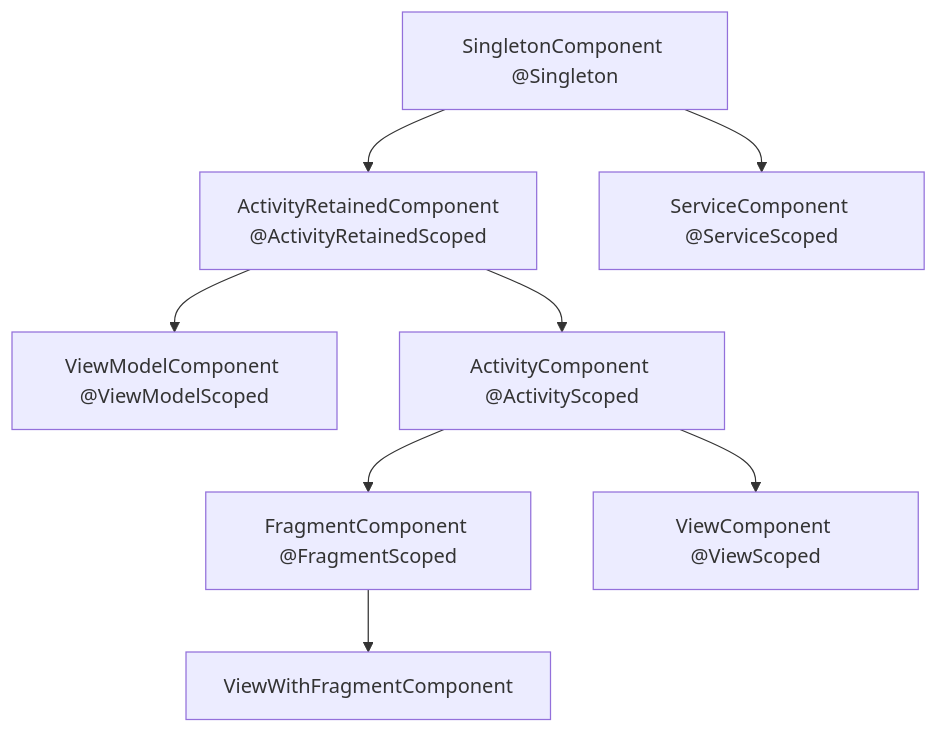
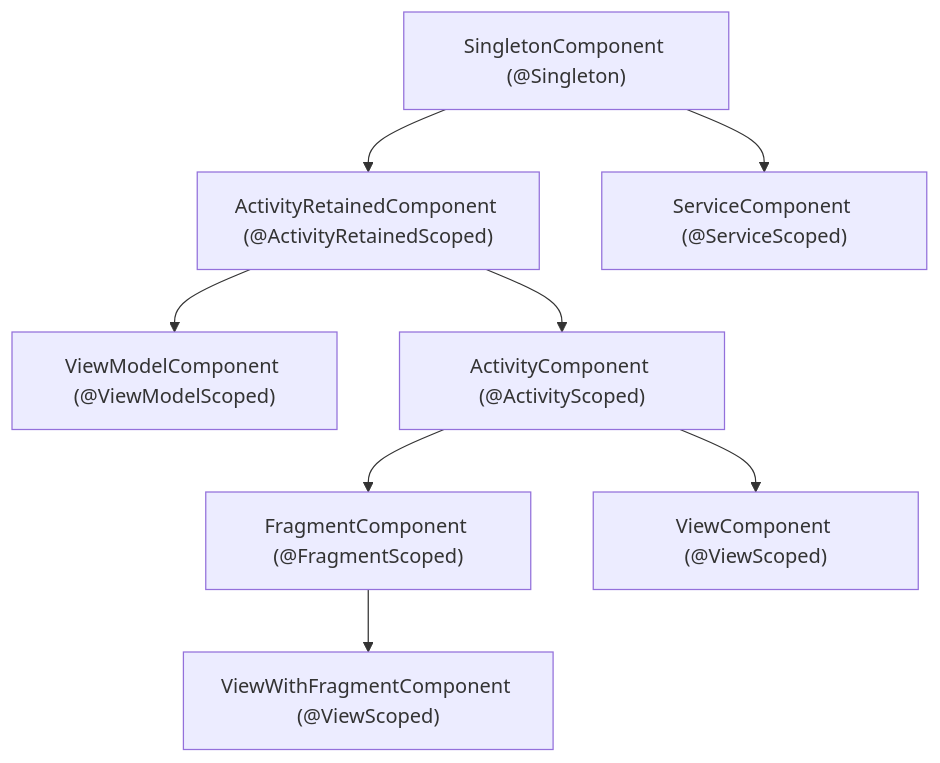
One commit to AkshayAshokCode/Android-Interview-Questions-cheat-sheet changed the second of 5 diagrams in topics/14-dependency-injection.md. Above: the diagram before and after it, drawn with Mermaid. The commit also changed other lines of this file and 21 other files, not shown here.

````diff
--- a/topics/14-dependency-injection.md
+++ b/topics/14-dependency-injection.md
@@ -80,10 +294,10 @@
 ```mermaid
 flowchart TD
-    SC["SingletonComponent @Singleton"] --> ARC["ActivityRetainedComponent<br/>@ActivityRetainedScoped"]
-    SC --> SVC["ServiceComponent @ServiceScoped"]
-    ARC --> VMC["ViewModelComponent @ViewModelScoped"]
-    ARC --> AC["ActivityComponent @ActivityScoped"]
-    AC --> FC["FragmentComponent @FragmentScoped"]
-    AC --> VC["ViewComponent @ViewScoped"]
-    FC --> VWF["ViewWithFragmentComponent"]
+    SC["SingletonComponent (@Singleton)"] --> ARC["ActivityRetainedComponent (@ActivityRetainedScoped)"]
+    SC --> SVC["ServiceComponent (@ServiceScoped)"]
+    ARC --> VMC["ViewModelComponent (@ViewModelScoped)"]
+    ARC --> AC["ActivityComponent (@ActivityScoped)"]
+    AC --> FC["FragmentComponent (@FragmentScoped)"]
+    AC --> VC["ViewComponent (@ViewScoped)"]
+    FC --> VWF["ViewWithFragmentComponent (@ViewScoped)"]
 ```
````
